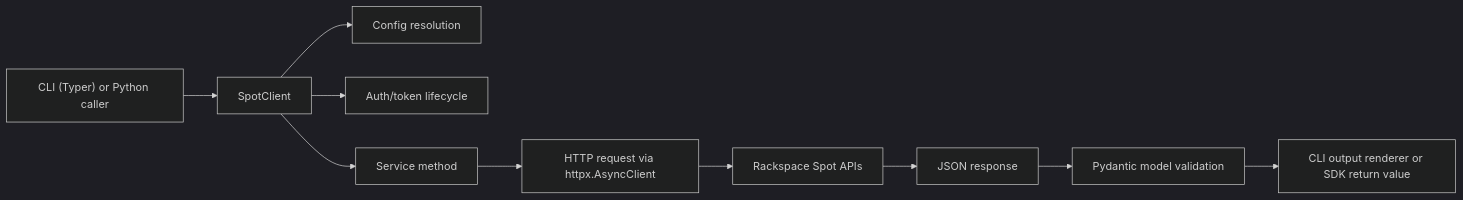
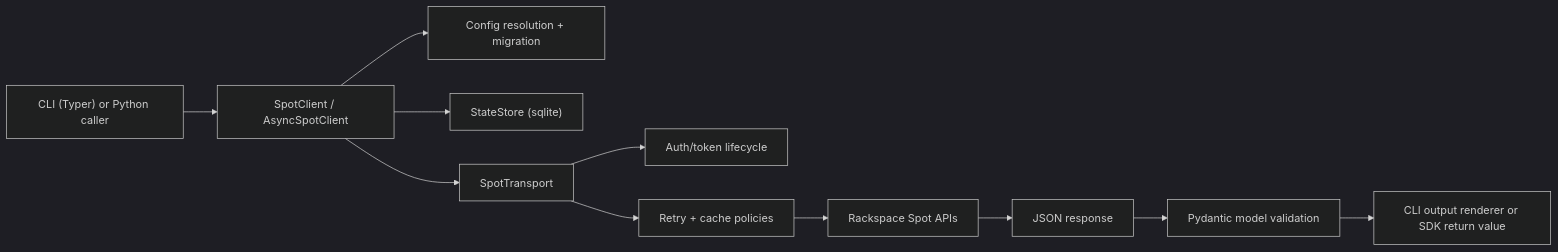
One commit to SparkAIUR/rsspot-sdk changed the diagram in docs/architecture.mdx. Above: the diagram before and after it, drawn with Mermaid (dark theme). The commit also changed other lines of this file and 11 other files, not shown here.

````diff
--- a/docs/architecture.mdx
+++ b/docs/architecture.mdx
@@ -5,12 +5,13 @@
 ```mermaid
 flowchart LR
-  A["CLI (Typer) or Python caller"] --> B["SpotClient"]
-  B --> C["Config resolution"]
-  B --> D["Auth/token lifecycle"]
-  B --> E["Service method"]
-  E --> F["HTTP request via httpx.AsyncClient"]
-  F --> G["Rackspace Spot APIs"]
-  G --> H["JSON response"]
-  H --> I["Pydantic model validation"]
-  I --> J["CLI output renderer or SDK return value"]
+  A["CLI (Typer) or Python caller"] --> B["SpotClient / AsyncSpotClient"]
+  B --> C["Config resolution + migration"]
+  B --> D["StateStore (sqlite)"]
+  B --> E["SpotTransport"]
+  E --> F["Auth/token lifecycle"]
+  E --> G["Retry + cache policies"]
+  G --> H["Rackspace Spot APIs"]
+  H --> I["JSON response"]
+  I --> J["Pydantic model validation"]
+  J --> K["CLI output renderer or SDK return value"]
 ```
````
